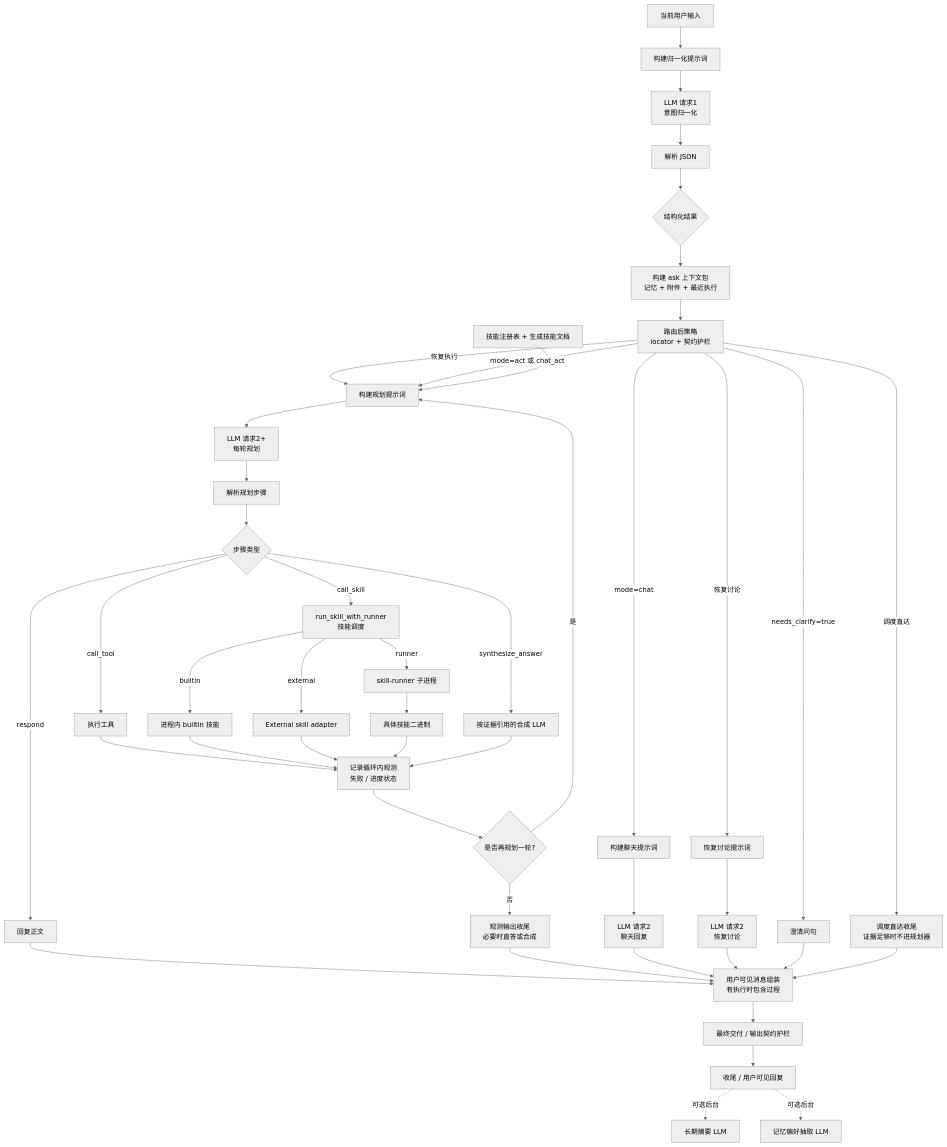
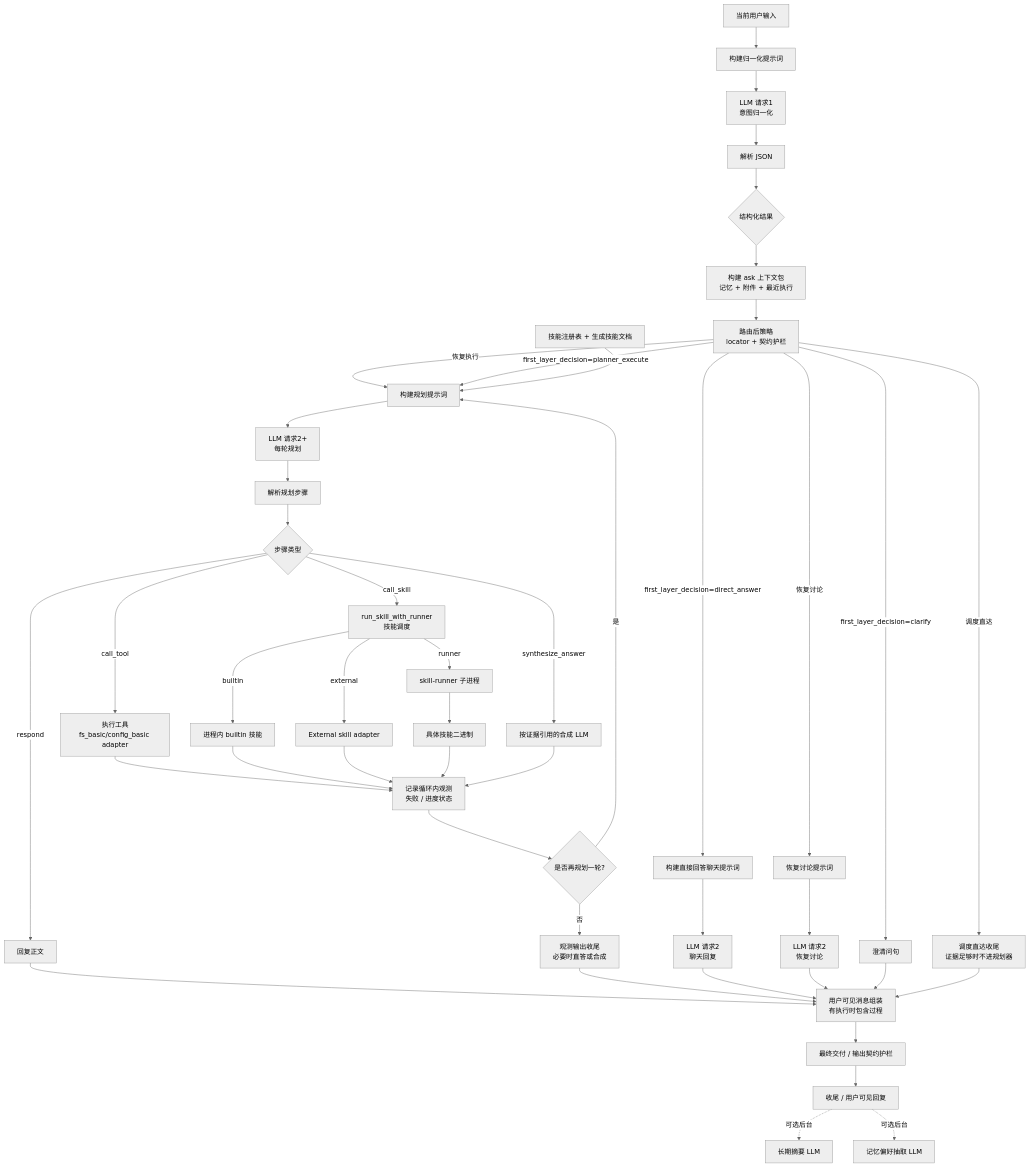
The second of 2 diagrams in README.zh-CN.md (MatrixCoreX/RustClaw), drawn with Mermaid (neutral theme) before and after one commit. The commit also changed other lines of this file and 75 other files, not shown here.

````diff
--- a/README.zh-CN.md
+++ b/README.zh-CN.md
@@ -108,47 +108,47 @@
 ```mermaid
 flowchart TD
     A[当前用户输入] --> B[构建归一化提示词]
     B --> C[LLM 请求1<br/>意图归一化]
     C --> D[解析 JSON]
     D --> E{结构化结果}
     E --> Ec[构建 ask 上下文包<br/>记忆 + 附件 + 最近执行]
     Ec --> E2[路由后策略<br/>locator + 契约护栏]
     E2 -->|调度直达| Fs[调度直达收尾<br/>证据足够时不进规划器]
     E2 -->|恢复讨论| Fr[恢复讨论提示词]
     E2 -->|恢复执行| H
-    E2 -->|needs_clarify=true| F[澄清问句]
-    E2 -->|mode=chat| G[构建聊天提示词]
-    E2 -->|mode=act 或 chat_act| H[构建规划提示词]
+    E2 -->|first_layer_decision=clarify| F[澄清问句]
+    E2 -->|first_layer_decision=direct_answer| G[构建直接回答聊天提示词]
+    E2 -->|first_layer_decision=planner_execute| H[构建规划提示词]
     SK[技能注册表 + 生成技能文档] --> H
     G --> Ic[LLM 请求2<br/>聊天回复]
     Fr --> Ir[LLM 请求2<br/>恢复讨论]
     H --> Ip[LLM 请求2+<br/>每轮规划]
     Ip --> J[解析规划步骤]
     J --> K{步骤类型}
     K -->|respond| L[回复正文]
-    K -->|call_tool| M[执行工具]
+    K -->|call_tool| M[执行工具<br/>fs_basic/config_basic adapter]
     K -->|call_skill| Ms[run_skill_with_runner<br/>技能调度]
     Ms -->|builtin| Msb[进程内 builtin 技能]
     Ms -->|external| Mse[External skill adapter]
     Ms -->|runner| Msr[skill-runner 子进程]
     Msr --> Msbinary[具体技能二进制]
     K -->|synthesize_answer| N[按证据引用的合成 LLM]
     M --> O[记录循环内观测<br/>失败 / 进度状态]
     Msb --> O
     Mse --> O
     Msbinary --> O
     N --> O
     O --> P{是否再规划一轮?}
     P -->|是| H
     P -->|否| Q[观测输出收尾<br/>必要时直答或合成]
     L --> VP[用户可见消息组装<br/>有执行时包含过程]
     Q --> VP
     Ic --> VP
     Ir --> VP
     F --> VP
     Fs --> VP
     VP --> R[最终交付 / 输出契约护栏]
     R --> S[收尾 / 用户可见回复]
     S -. 可选后台 .-> T[长期摘要 LLM]
     S -. 可选后台 .-> U[记忆偏好抽取 LLM]
 ```
````
